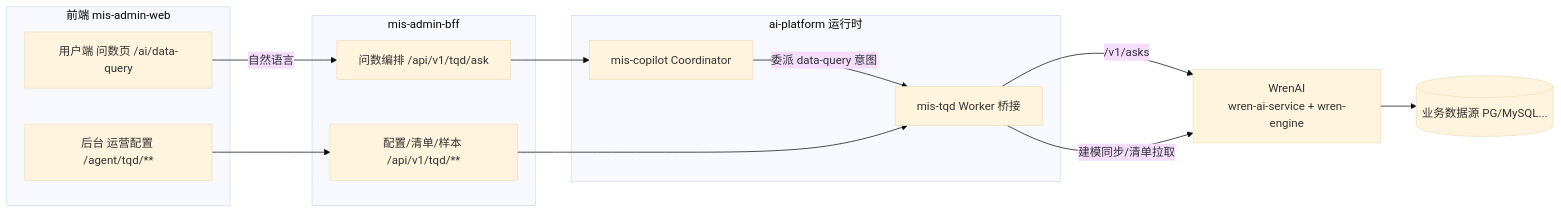
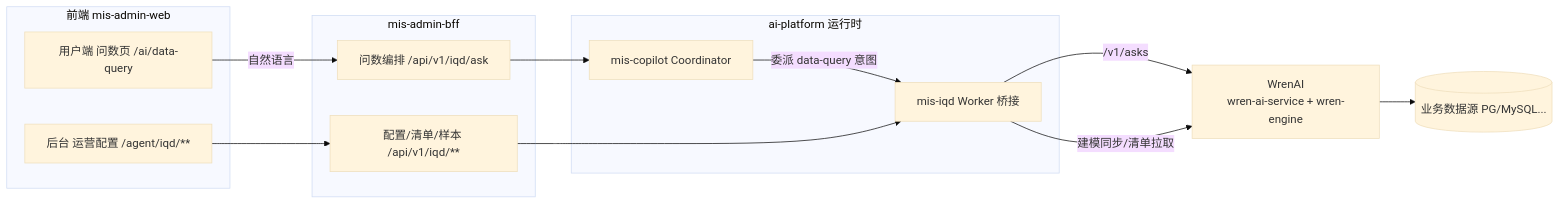
One commit to 13961588612/mis-platform changed the first of 5 diagrams in docs/ai-fusion/wrenai/prd.md. Above: the diagram before and after it, drawn with Mermaid (base theme). The commit also changed other lines of this file and 12 other files, not shown here.

First line of the commit message:
docs(wrenai): rename module/table prefix tqd -> iqd (mis-tqd -> mis-iqd, tqd_* -> iqd_*)

````diff
--- a/docs/ai-fusion/wrenai/prd.md
+++ b/docs/ai-fusion/wrenai/prd.md
@@ -51,23 +51,23 @@
 ```mermaid
 flowchart LR
   subgraph FE[前端 mis-admin-web]
     DQ[用户端 问数页 /ai/data-query]
-    OPS[后台 运营配置 /agent/tqd/**]
+    OPS[后台 运营配置 /agent/iqd/**]
   end
   subgraph BFF[mis-admin-bff]
-    WQ[问数编排 /api/v1/tqd/ask]
-    CFG[配置/清单/样本 /api/v1/tqd/**]
+    WQ[问数编排 /api/v1/iqd/ask]
+    CFG[配置/清单/样本 /api/v1/iqd/**]
   end
   subgraph AI[ai-platform 运行时]
     COORD[mis-copilot Coordinator]
-    WREN[mis-tqd Worker 桥接]
+    WREN[mis-iqd Worker 桥接]
   end
   WAI[WrenAI<br/>wren-ai-service + wren-engine]
   DB[(业务数据源 PG/MySQL...)]
 
   DQ -->|自然语言| WQ --> COORD
   COORD -->|委派 data-query 意图| WREN
   WREN -->|/v1/asks| WAI --> DB
   OPS --> CFG --> WREN
   WREN -->|建模同步/清单拉取| WAI
 ```
````
